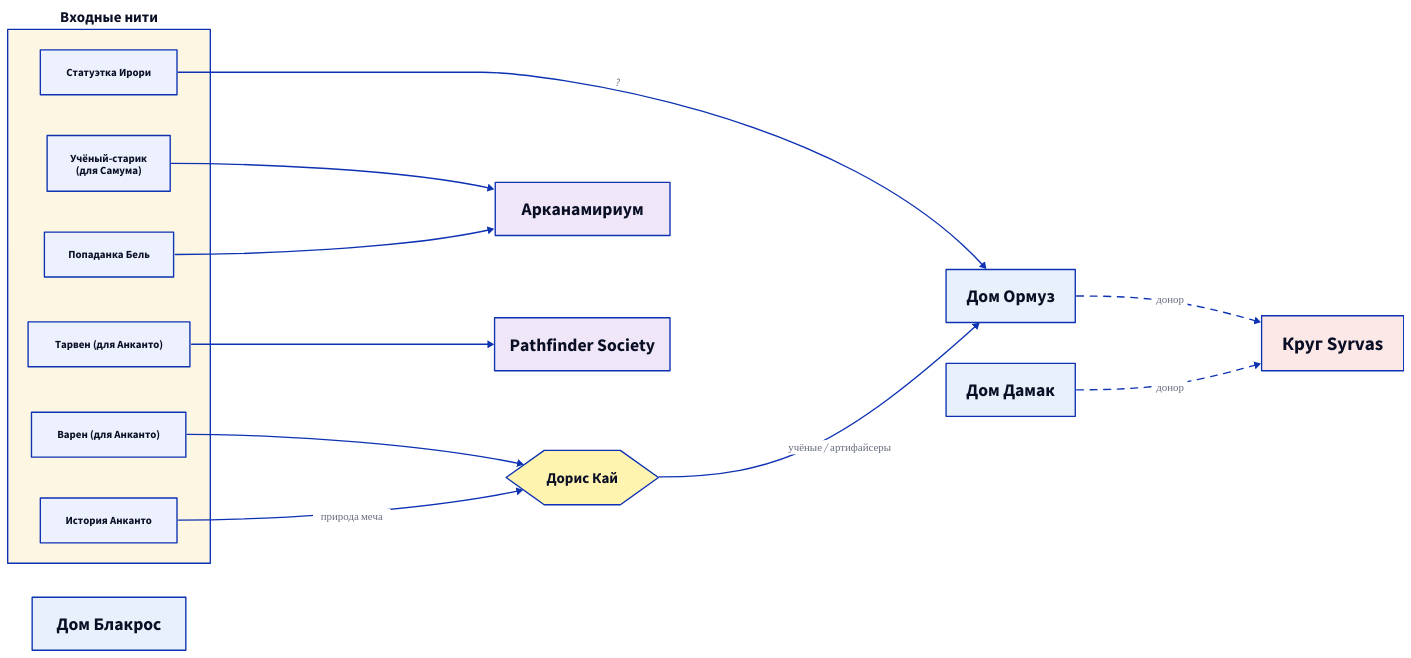
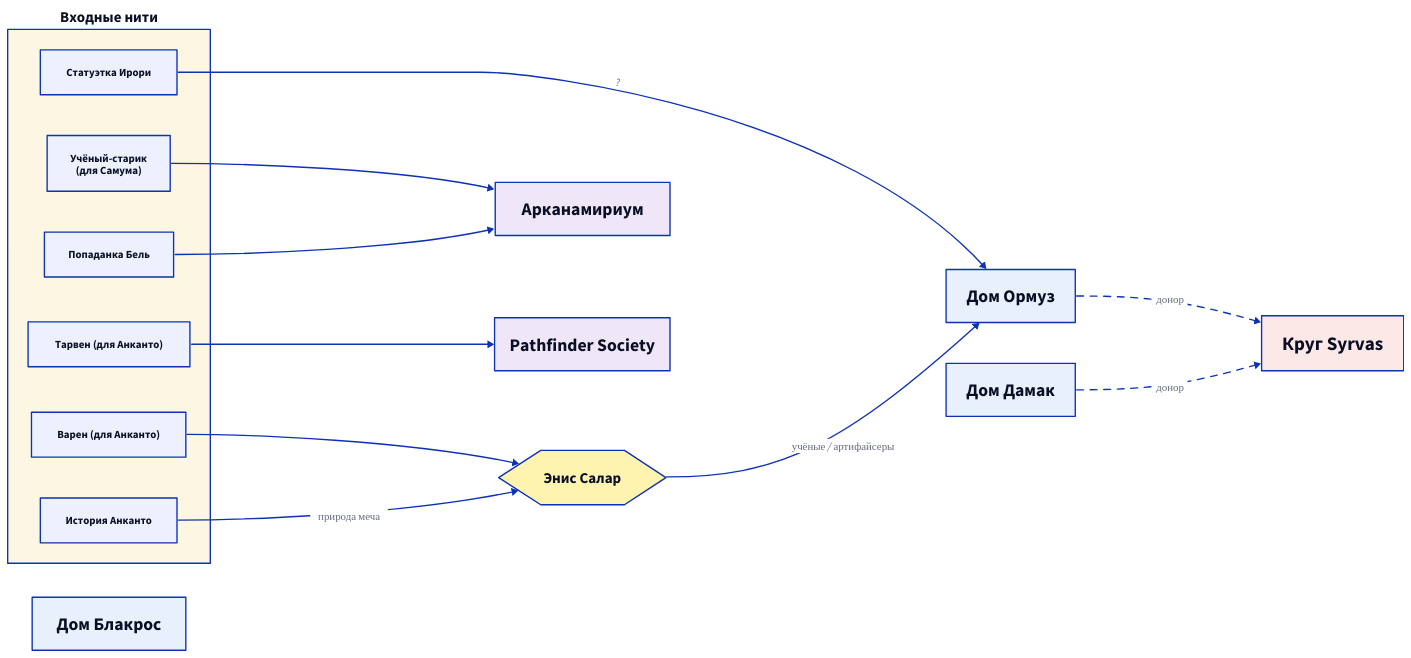
One commit to vvechkanov/AzlantyPF2e changed the first of 7 diagrams in 00__HUB.md. Above: the diagram before and after it, drawn with D2. The commit also changed other lines of this file and 131 other files, not shown here.

````diff
--- a/00__HUB.md
+++ b/00__HUB.md
@@ -9,65 +9,65 @@
 ```d2
 direction: right
 
 Sources: "Входные нити" {
   style.fill: "#fdf6e3"
   style.font-size: 22
   style.bold: true
 
   Tosha: "Учёный-старик\n(для Самума)"
   Bell: "Попаданка Бель"
   Varen: "Варен (для Анканто)"
   Tarven: "Тарвен (для Анканто)"
   Anchanto: "История Анканто"
   Kiran: "Статуэтка Ирори"
 }
 
-Doris: "Дорис Кай" {
+Doris: "Энис Салар" {
   shape: hexagon
   style.fill: "#fff3b0"
   style.font-size: 22
   style.bold: true
 }
 
 HouseOrmuz: "Дом Ормуз" {
   style.fill: "#e8f1fb"
   style.font-size: 26
   style.bold: true
 }
 HouseBlakros: "Дом Блакрос" {
   style.fill: "#e8f1fb"
   style.font-size: 26
   style.bold: true
 }
 HouseDamak: "Дом Дамак" {
   style.fill: "#e8f1fb"
   style.font-size: 26
   style.bold: true
 }
 Arcanamirium: "Арканамириум" {
   style.fill: "#efe6f7"
   style.font-size: 26
   style.bold: true
 }
 Pathfinders: "Pathfinder Society" {
   style.fill: "#efe6f7"
   style.font-size: 26
   style.bold: true
 }
 Syrvas: "Круг Syrvas" {
   style.fill: "#fde8e8"
   style.font-size: 28
   style.bold: true
 }
 
 Sources.Tosha -> Arcanamirium
 Sources.Bell -> Arcanamirium
 Sources.Varen -> Doris
 Sources.Tarven -> Pathfinders
 Sources.Anchanto -> Doris: природа меча
 Sources.Kiran -> HouseOrmuz: "?"
 Doris -> HouseOrmuz: "учёные / артифайсеры"
 
 HouseOrmuz -> Syrvas: донор {style.stroke-dash: 5}
 HouseDamak -> Syrvas: донор {style.stroke-dash: 5}
 ```
````
